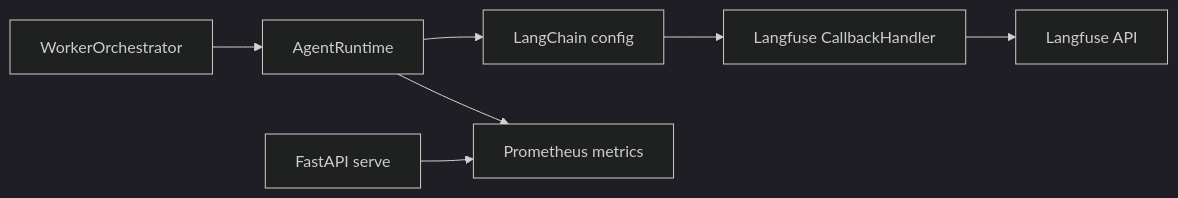
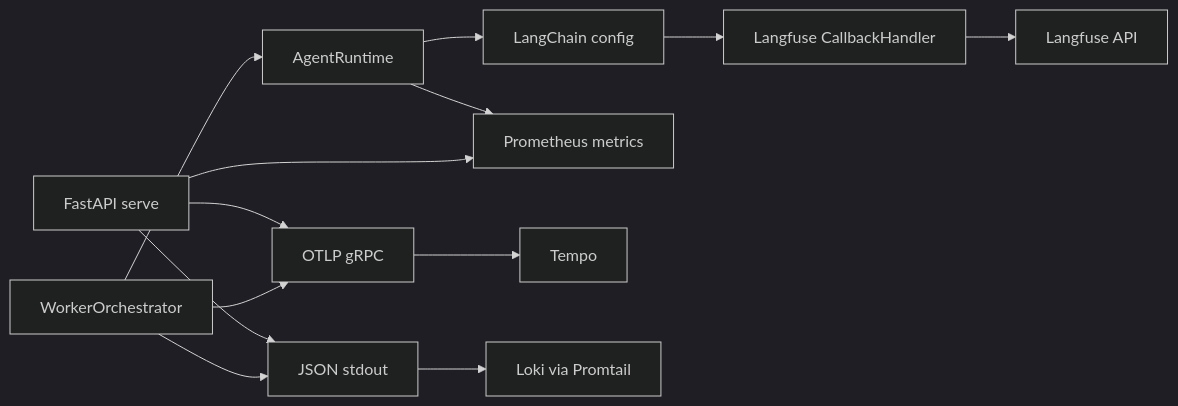
The diagram in docs/OBSERVABILITY.md (butbeautifulv/egregore), drawn with Mermaid (dark theme) before and after one commit. The commit also changed other lines of this file and 163 other files, not shown here.

````diff
--- a/docs/OBSERVABILITY.md
+++ b/docs/OBSERVABILITY.md
@@ -165,9 +234,15 @@
 ```mermaid
 flowchart LR
     Worker[WorkerOrchestrator] --> Runtime[AgentRuntime]
     Runtime --> LC[LangChain config]
     LC --> CB[Langfuse CallbackHandler]
     CB --> LF[Langfuse API]
     Runtime --> PM[Prometheus metrics]
     API[FastAPI serve] --> PM
+    API --> OTEL[OTLP gRPC]
+    Worker --> OTEL
+    OTEL --> Tempo[Tempo]
+    API --> Logs[JSON stdout]
+    Worker --> Logs
+    Logs --> Loki[Loki via Promtail]
 ```
````
